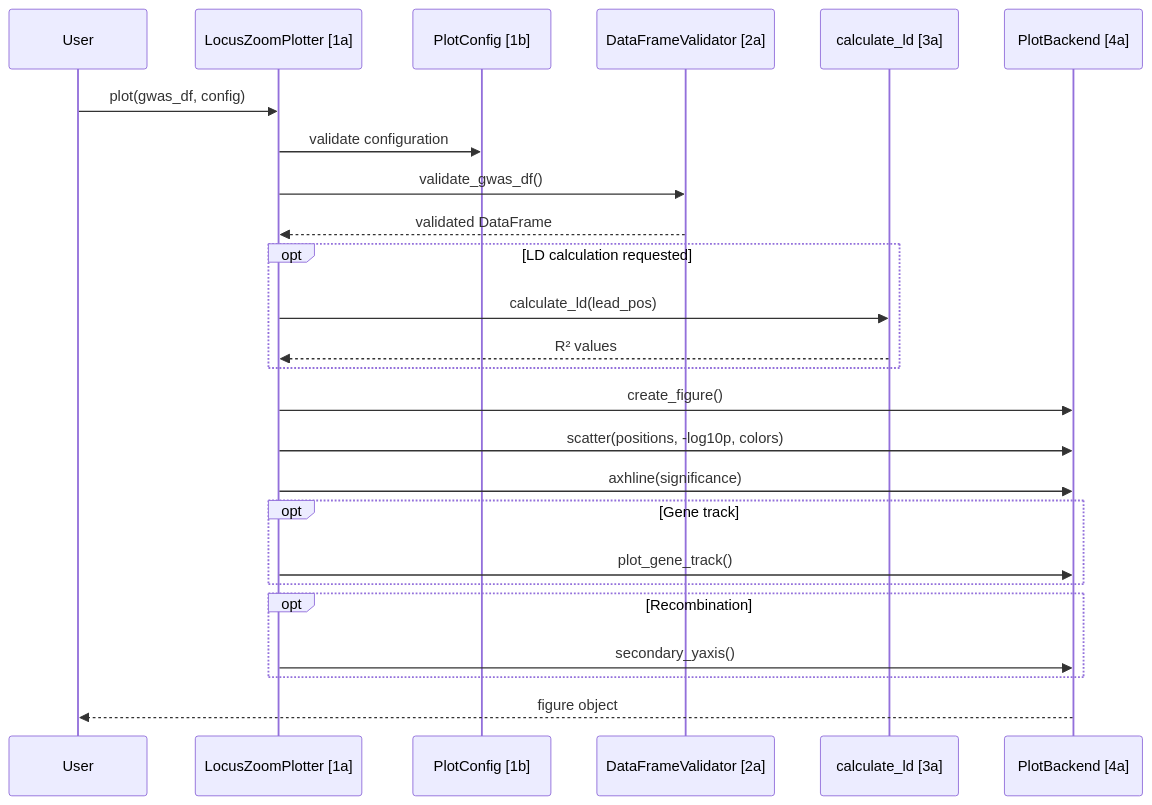
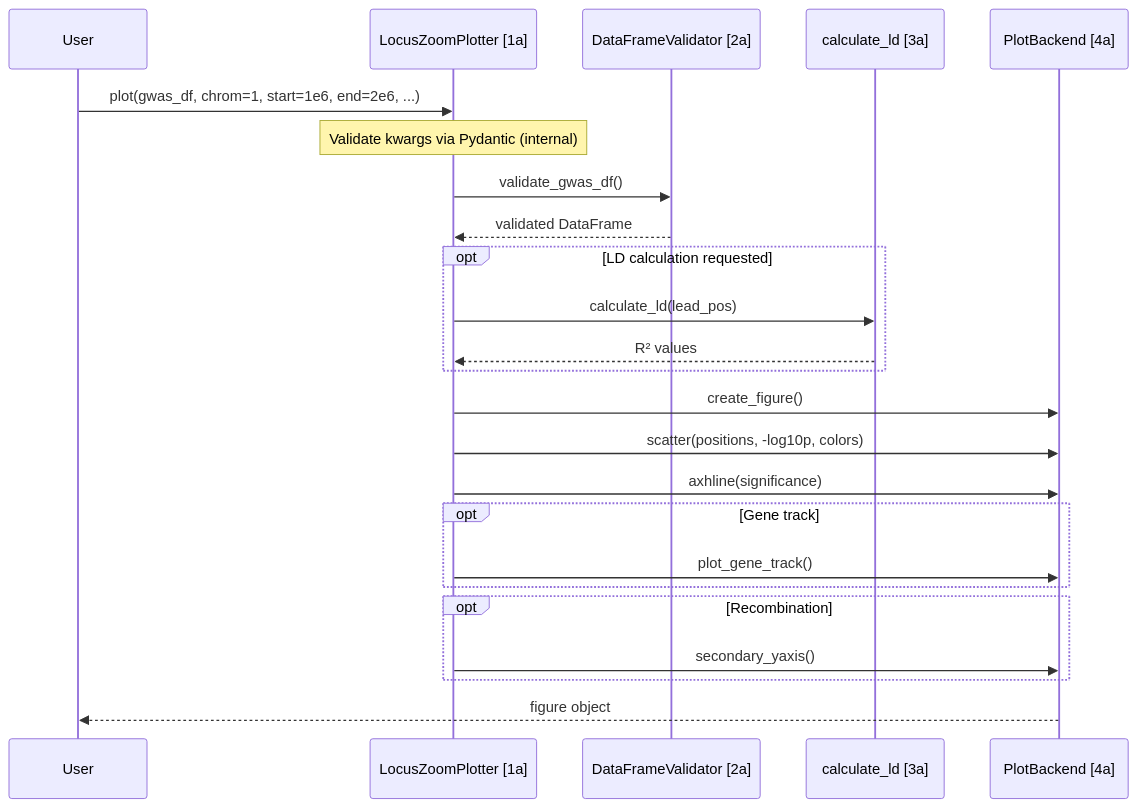
The second of 2 diagrams in docs/CODEMAP.md (michael-denyer/pyLocusZoom), drawn with Mermaid before and after one commit. The commit also changed other lines of this file and 7 other files, not shown here.

First line of the commit message:
Restore kwargs interface on plot() and plot_stacked()

````diff
--- a/docs/CODEMAP.md
+++ b/docs/CODEMAP.md
@@ -209,33 +198,32 @@
 ```mermaid
 sequenceDiagram
     participant User
     participant Plotter as LocusZoomPlotter [1a]
-    participant Config as PlotConfig [1b]
     participant Valid as DataFrameValidator [2a]
     participant LD as calculate_ld [3a]
     participant Backend as PlotBackend [4a]
 
-    User->>Plotter: plot(gwas_df, config)
-    Plotter->>Config: validate configuration
+    User->>Plotter: plot(gwas_df, chrom=1, start=1e6, end=2e6, ...)
+    Note over Plotter: Validate kwargs via Pydantic (internal)
     Plotter->>Valid: validate_gwas_df()
     Valid-->>Plotter: validated DataFrame
 
     opt LD calculation requested
         Plotter->>LD: calculate_ld(lead_pos)
         LD-->>Plotter: R² values
     end
 
     Plotter->>Backend: create_figure()
     Plotter->>Backend: scatter(positions, -log10p, colors)
     Plotter->>Backend: axhline(significance)
 
     opt Gene track
         Plotter->>Backend: plot_gene_track()
     end
 
     opt Recombination
         Plotter->>Backend: secondary_yaxis()
     end
 
     Backend-->>User: figure object
 ```
````
